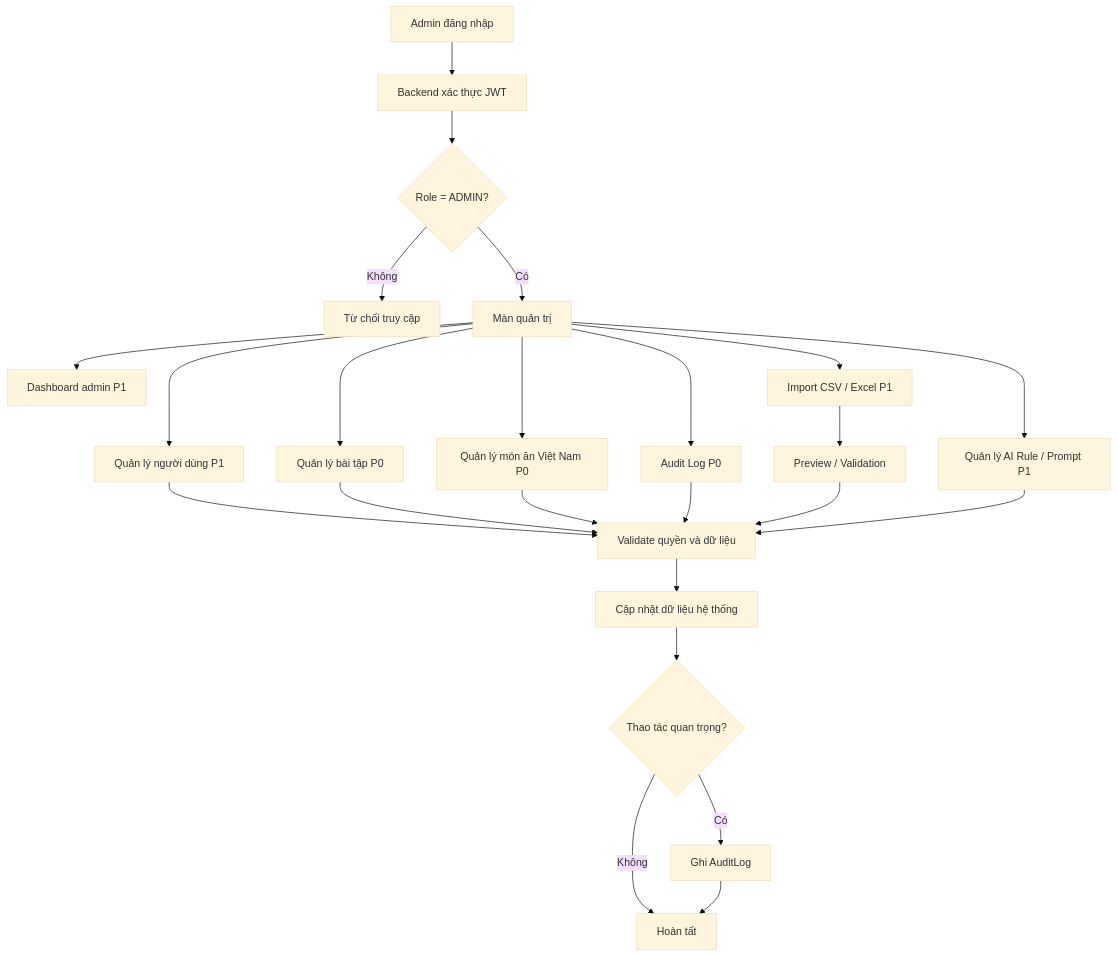
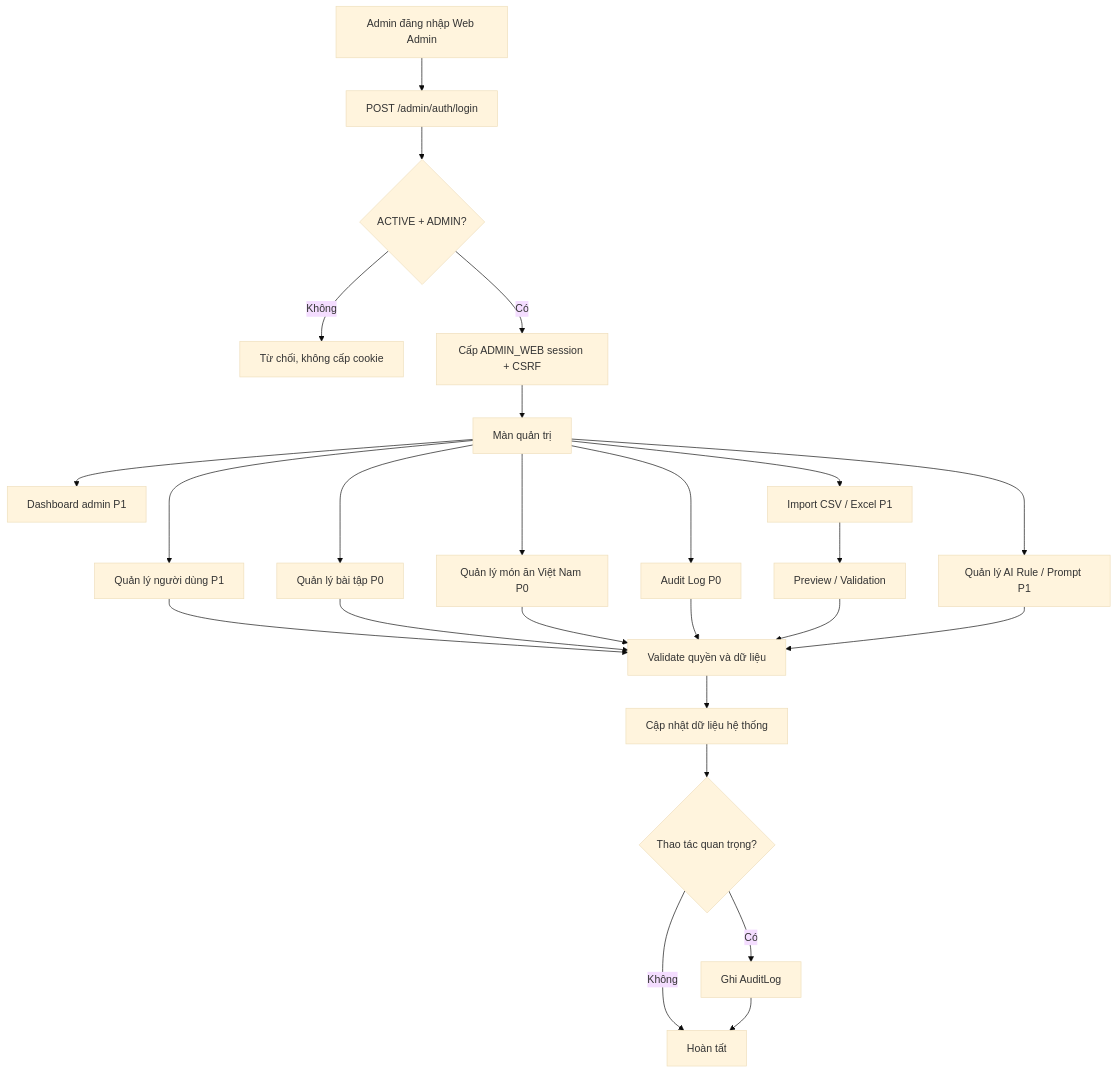
One commit to tgiahuy/VieGym changed diagram 16 of 21 in docs/spec/bussiness_mainflow.md. Above: the diagram before and after it, drawn with Mermaid (base theme). The commit also changed other lines of this file and 19 other files, not shown here.

````diff
--- a/docs/spec/bussiness_mainflow.md
+++ b/docs/spec/bussiness_mainflow.md
@@ -1305,29 +1312,30 @@
 ```mermaid
 flowchart TD
-    Login[Admin đăng nhập] --> Auth[Backend xác thực JWT]
-    Auth --> Role{Role = ADMIN?}
-    Role -- Không --> Deny[Từ chối truy cập]
-    Role -- Có --> Panel[Màn quản trị]
+    Login[Admin đăng nhập Web Admin] --> Auth[POST /admin/auth/login]
+    Auth --> Role{ACTIVE + ADMIN?}
+    Role -- Không --> Deny[Từ chối, không cấp cookie]
+    Role -- Có --> Session[Cấp ADMIN_WEB session + CSRF]
+    Session --> Panel[Màn quản trị]
 
     Panel --> Users[Quản lý người dùng P1]
     Panel --> Exercises[Quản lý bài tập P0]
     Panel --> Foods[Quản lý món ăn Việt Nam P0]
     Panel --> AuditBase[Audit Log P0]
     Panel --> Dashboard[Dashboard admin P1]
     Panel --> Import[Import CSV / Excel P1]
     Panel --> AIRules[Quản lý AI Rule / Prompt P1]
 
     Users --> Validate[Validate quyền và dữ liệu]
     Exercises --> Validate
     Foods --> Validate
     AuditBase --> Validate
     Import --> Preview[Preview / Validation]
     Preview --> Validate
     AIRules --> Validate
 
     Validate --> Update[Cập nhật dữ liệu hệ thống]
     Update --> Audit{Thao tác quan trọng?}
     Audit -- Có --> AuditLog[Ghi AuditLog]
     Audit -- Không --> Done[Hoàn tất]
     AuditLog --> Done
 ```
````
